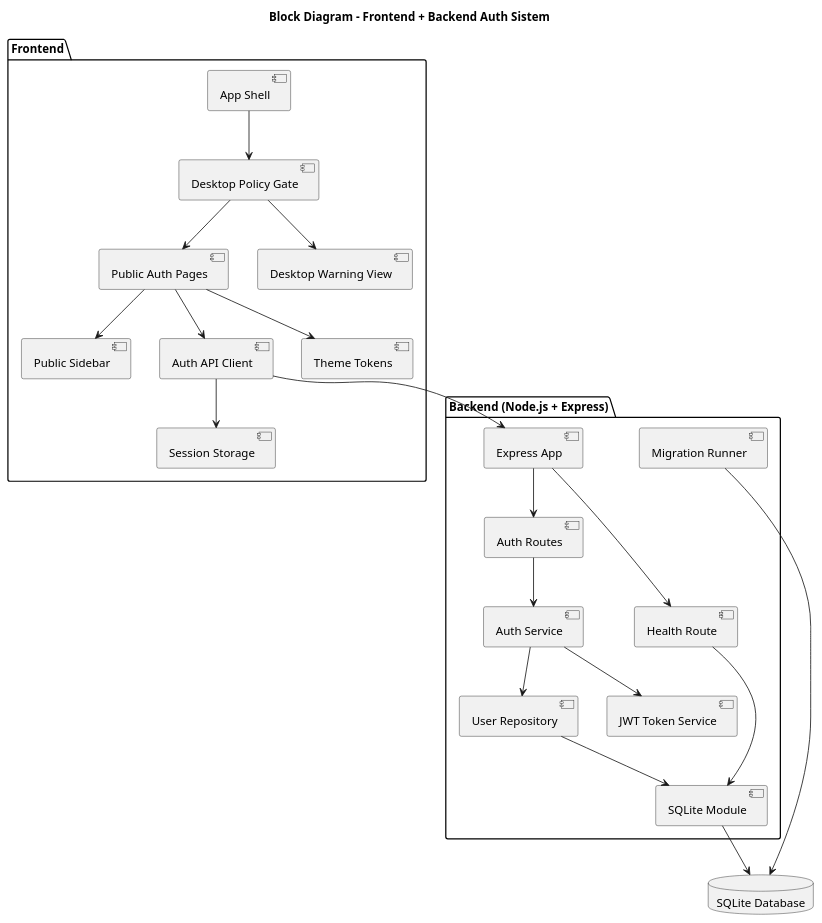
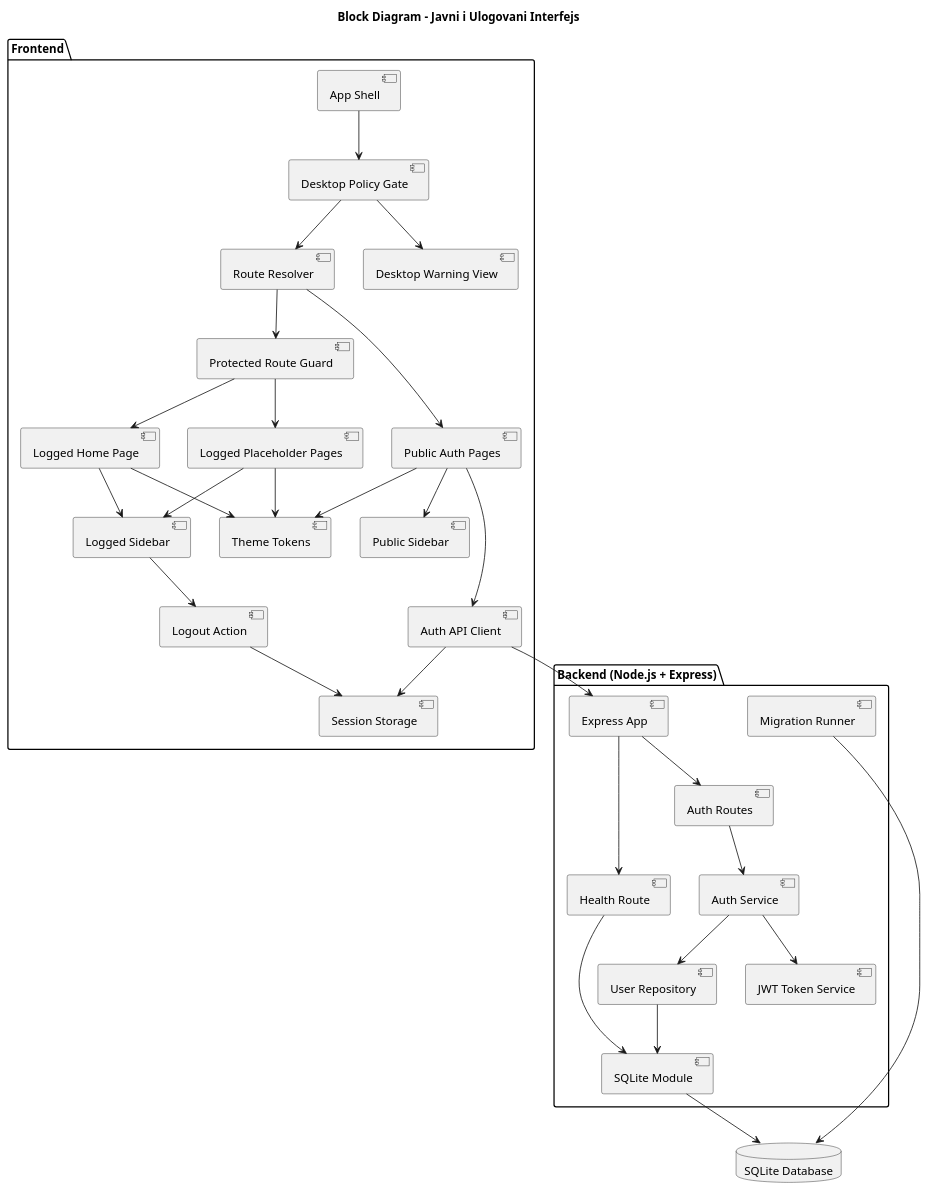
One commit to bagi002/INSPEKTOR changed the diagram in Docs/architecture/block_diagram.puml. Above: the diagram before and after it, drawn with PlantUML. The commit also changed 17 other files, not shown here.

```diff
--- a/Docs/architecture/block_diagram.puml
+++ b/Docs/architecture/block_diagram.puml
@@ -1,46 +1,63 @@
 @startuml Block Diagram
-title Block Diagram - Frontend + Backend Auth Sistem
+title Block Diagram - Javni i Ulogovani Interfejs
 
 package "Frontend" {
   [App Shell]
   [Desktop Policy Gate]
+  [Route Resolver]
+  [Protected Route Guard]
   [Public Auth Pages]
+  [Logged Home Page]
+  [Logged Placeholder Pages]
   [Public Sidebar]
+  [Logged Sidebar]
   [Auth API Client]
   [Session Storage]
+  [Logout Action]
   [Desktop Warning View]
   [Theme Tokens]
 }
 
 package "Backend (Node.js + Express)" {
   [Express App]
   [Auth Routes]
   [Auth Service]
   [JWT Token Service]
   [User Repository]
   [SQLite Module]
   [Migration Runner]
   [Health Route]
 }
 
 database "SQLite Database" as Db
 
 [App Shell] --> [Desktop Policy Gate]
-[Desktop Policy Gate] --> [Public Auth Pages]
+[Desktop Policy Gate] --> [Route Resolver]
 [Desktop Policy Gate] --> [Desktop Warning View]
+[Route Resolver] --> [Protected Route Guard]
+[Route Resolver] --> [Public Auth Pages]
+[Protected Route Guard] --> [Logged Home Page]
+[Protected Route Guard] --> [Logged Placeholder Pages]
 [Public Auth Pages] --> [Public Sidebar]
+[Logged Home Page] --> [Logged Sidebar]
+[Logged Placeholder Pages] --> [Logged Sidebar]
 [Public Auth Pages] --> [Auth API Client]
+[Auth API Client] --> [Session Storage]
+[Logout Action] --> [Session Storage]
+[Logged Sidebar] --> [Logout Action]
+
 [Public Auth Pages] --> [Theme Tokens]
-[Auth API Client] --> [Session Storage]
+[Logged Home Page] --> [Theme Tokens]
+[Logged Placeholder Pages] --> [Theme Tokens]
 
 [Auth API Client] --> [Express App]
 [Express App] --> [Auth Routes]
 [Express App] --> [Health Route]
 [Auth Routes] --> [Auth Service]
 [Auth Service] --> [JWT Token Service]
 [Auth Service] --> [User Repository]
 [User Repository] --> [SQLite Module]
 [SQLite Module] --> Db
 [Migration Runner] --> Db
 [Health Route] --> [SQLite Module]
 @enduml
```
